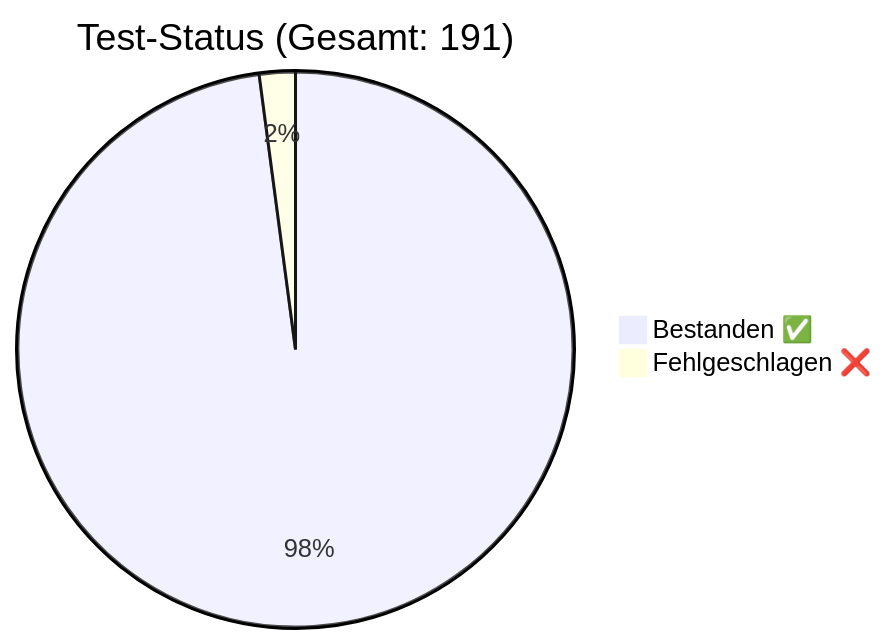
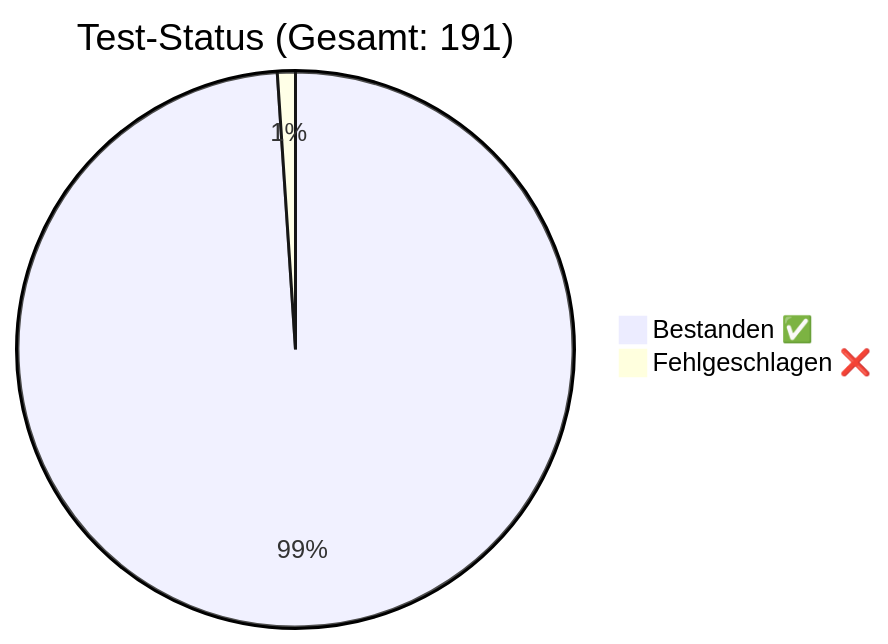
Before and after one commit to rorila/GCS: the diagram in docs/QA_Report.md, drawn with Mermaid. The commit also changed other lines of this file and 17 other files, not shown here.

````diff
--- a/docs/QA_Report.md
+++ b/docs/QA_Report.md
@@ -7,5 +7,5 @@
 ```mermaid
 pie title Test-Status (Gesamt: 191)
-    "Bestanden ✅" : 187
-    "Fehlgeschlagen ❌" : 4
+    "Bestanden ✅" : 189
+    "Fehlgeschlagen ❌" : 2
 ```
````
